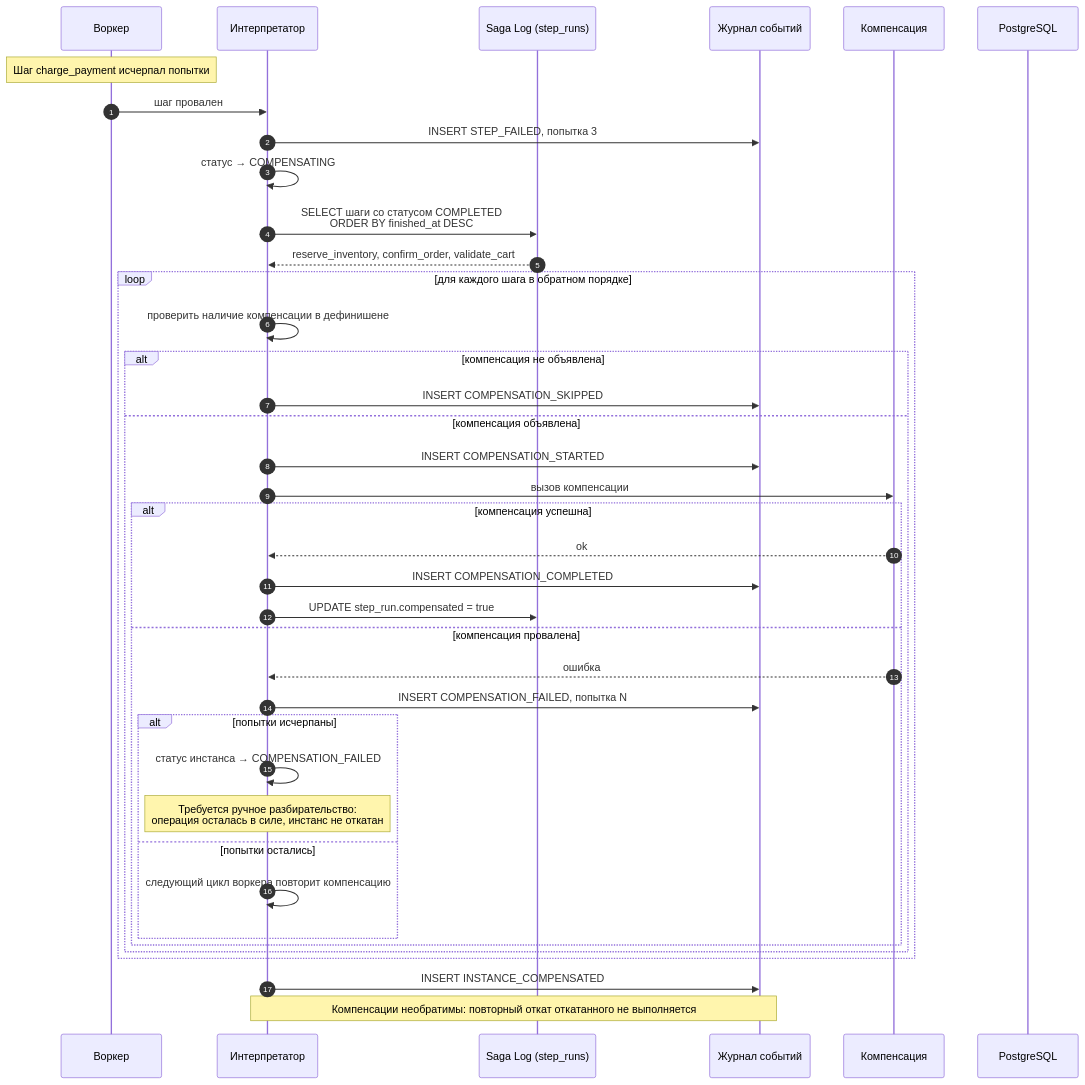
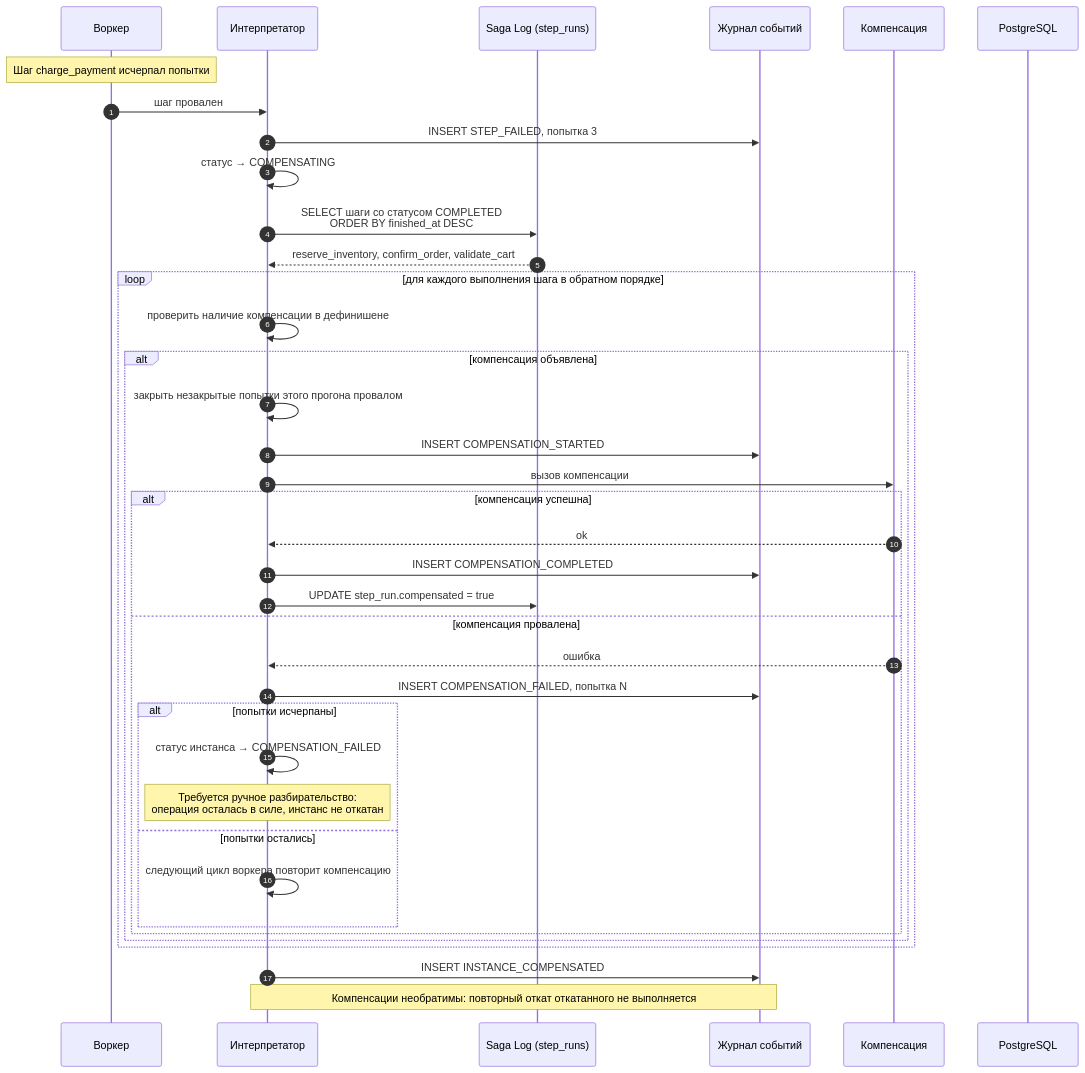
One commit to tolstosheev/workflow-engine changed the third of 4 diagrams in docs/ENGINE.md. Above: the diagram before and after it, drawn with Mermaid. The commit also changed other lines of this file and 1 other file, not shown here.

First paragraph of the commit message:
docs(model): what the audit found written down, not just fixed
Three statements in the documentation described something other than the code, and
each of them was load-bearing for the defects it hid.

````diff
--- a/docs/ENGINE.md
+++ b/docs/ENGINE.md
@@ -435,45 +434,44 @@
 ```mermaid
 sequenceDiagram
     autonumber
     participant W as Воркер
     participant I as Интерпретатор
     participant SL as Saga Log (step_runs)
     participant J as Журнал событий
     participant C as Компенсация
     participant DB as PostgreSQL
 
     Note over W: Шаг charge_payment исчерпал попытки
     W->>I: шаг провален
     I->>J: INSERT STEP_FAILED, попытка 3
     I->>I: статус → COMPENSATING
 
     I->>SL: SELECT шаги со статусом COMPLETED<br/>ORDER BY finished_at DESC
     SL-->>I: reserve_inventory, confirm_order, validate_cart
 
-    loop для каждого шага в обратном порядке
+    loop для каждого выполнения шага в обратном порядке
         I->>I: проверить наличие компенсации в дефинишене
-        alt компенсация не объявлена
-            I->>J: INSERT COMPENSATION_SKIPPED
-        else компенсация объявлена
+        alt компенсация объявлена
+            I->>I: закрыть незакрытые попытки этого прогона провалом
             I->>J: INSERT COMPENSATION_STARTED
             I->>C: вызов компенсации
             alt компенсация успешна
                 C-->>I: ok
                 I->>J: INSERT COMPENSATION_COMPLETED
                 I->>SL: UPDATE step_run.compensated = true
             else компенсация провалена
                 C-->>I: ошибка
                 I->>J: INSERT COMPENSATION_FAILED, попытка N
                 alt попытки исчерпаны
                     I->>I: статус инстанса → COMPENSATION_FAILED
                     Note over I: Требуется ручное разбирательство:<br/>операция осталась в силе, инстанс не откатан
                 else попытки остались
                     I->>I: следующий цикл воркера повторит компенсацию
                 end
             end
         end
     end
 
     I->>J: INSERT INSTANCE_COMPENSATED
     Note over I,J: Компенсации необратимы: повторный откат откатанного не выполняется
 ```
````
